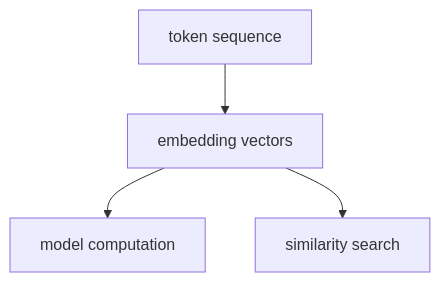
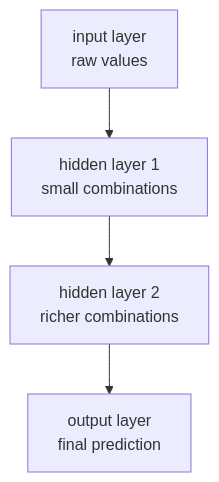
One commit to devchan64/AiBook changed the first of 2 diagrams in docs/parts/part-05/chapter-02/section-01.md. Above: the diagram before and after it, drawn with Mermaid. The commit also changed other lines of this file and 213 other files, not shown here.

````diff
--- a/docs/parts/part-05/chapter-02/section-01.md
+++ b/docs/parts/part-05/chapter-02/section-01.md
@@ -121,11 +65,11 @@
 ```mermaid
 flowchart TD
-  A["token sequence"]
-  B["embedding vectors"]
-  C["model computation"]
-  D["similarity search"]
+  A["input layer<br/>raw values"]
+  B["hidden layer 1<br/>small combinations"]
+  C["hidden layer 2<br/>richer combinations"]
+  D["output layer<br/>final prediction"]
 
   A --> B
   B --> C
-  B --> D
+  C --> D
 ```
````
